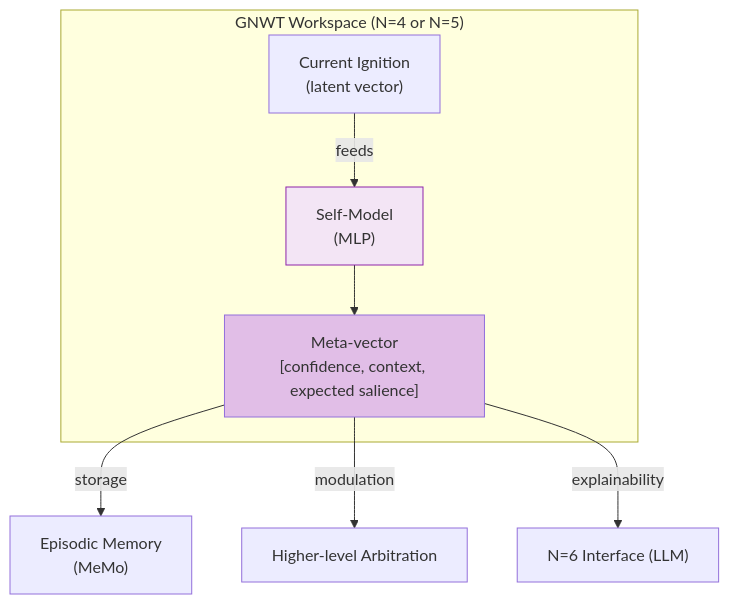
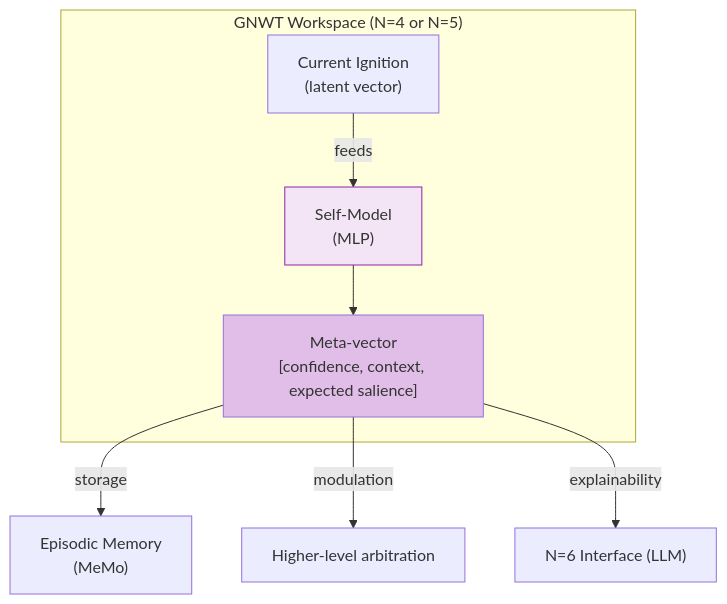
One commit to AlainCo/GNWT-Garrigue-X-en changed the fifth of 7 diagrams in concepts/concepts.md. Above: the diagram before and after it, drawn with Mermaid. The commit also changed other lines of this file and 24 other files, not shown here.

````diff
--- a/concepts/concepts.md
+++ b/concepts/concepts.md
@@ -453,18 +455,18 @@
 ```mermaid
 flowchart TD
     subgraph Workspace ["GNWT Workspace (N=4 or N=5)"]
         I["Current Ignition<br>(latent vector)"]
         SM["Self-Model<br>(MLP)"]
         M["Meta-vector<br>[confidence, context, expected salience]"]
     end
 
     I -->|"feeds"| SM
     SM --> M
 
     M -->|"storage"| MeMo["Episodic Memory<br>(MeMo)"]
-    M -->|"modulation"| Decision["Higher-level Arbitration"]
+    M -->|"modulation"| Decision["Higher-level arbitration"]
     M -->|"explainability"| LLM["N=6 Interface (LLM)"]
 
     style SM fill:#f3e5f5,stroke:#8e24aa
     style M fill:#e1bee7
 ```
````
